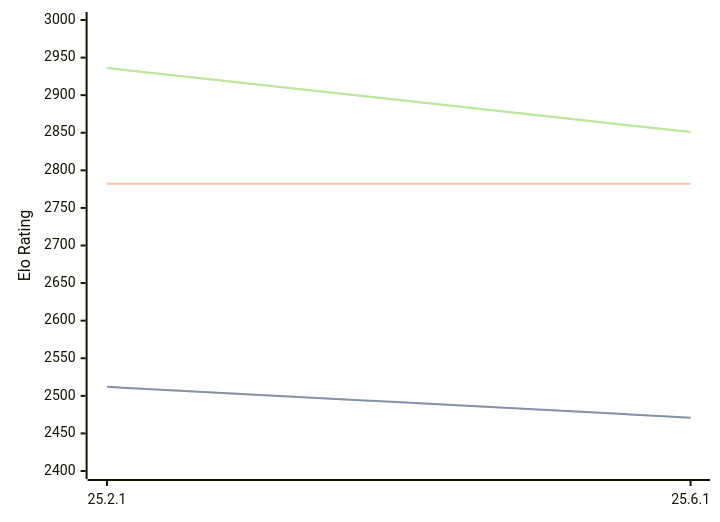
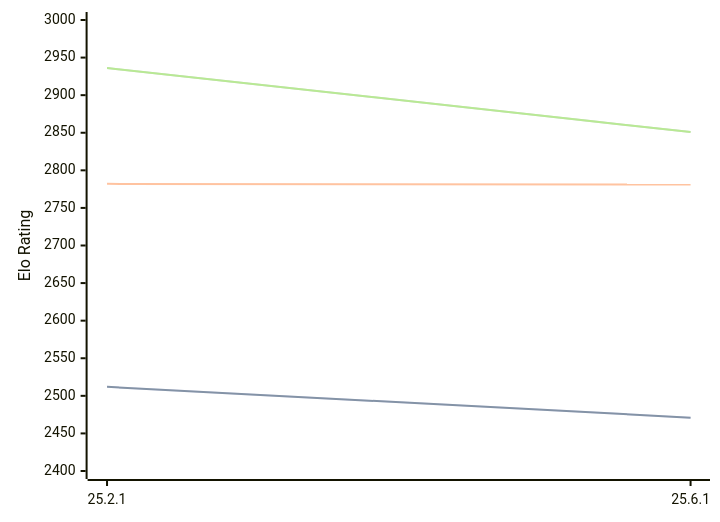
Before and after one commit to computer-chess-index/cci: the diagram in engines/Crafty.md, drawn with Mermaid. The commit also changed other lines of this file, not shown here.

````diff
--- a/engines/Crafty.md
+++ b/engines/Crafty.md
@@ -32,11 +32,11 @@
 ```mermaid
 %%{init: {"theme":"base","themeVariables":{"seriesColors:['#a3a3a3','#222221','#faa371']}}}%%
 xychart-beta
   x-axis ["25.2.1", "25.6.1"]
   y-axis "Elo Rating" 2400 --> 3000
   line "" [2512, 2471]
   line "STC (8.0+0.08s)" [2512, 2471]
-  line "LTC (60.0+0.60s)" [2782, 2782]
+  line "LTC (60.0+0.60s)" [2782, 2781]
   line "" [2936, 2851]
   line "VLTC (2m24s+1.12s)" [2936, 2851]
 ```
````
